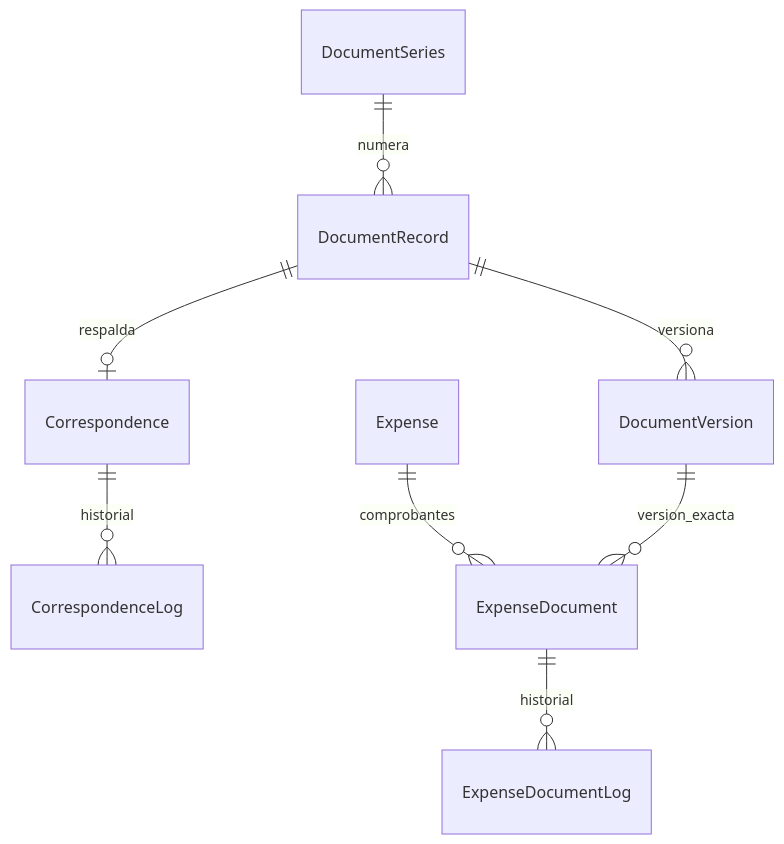
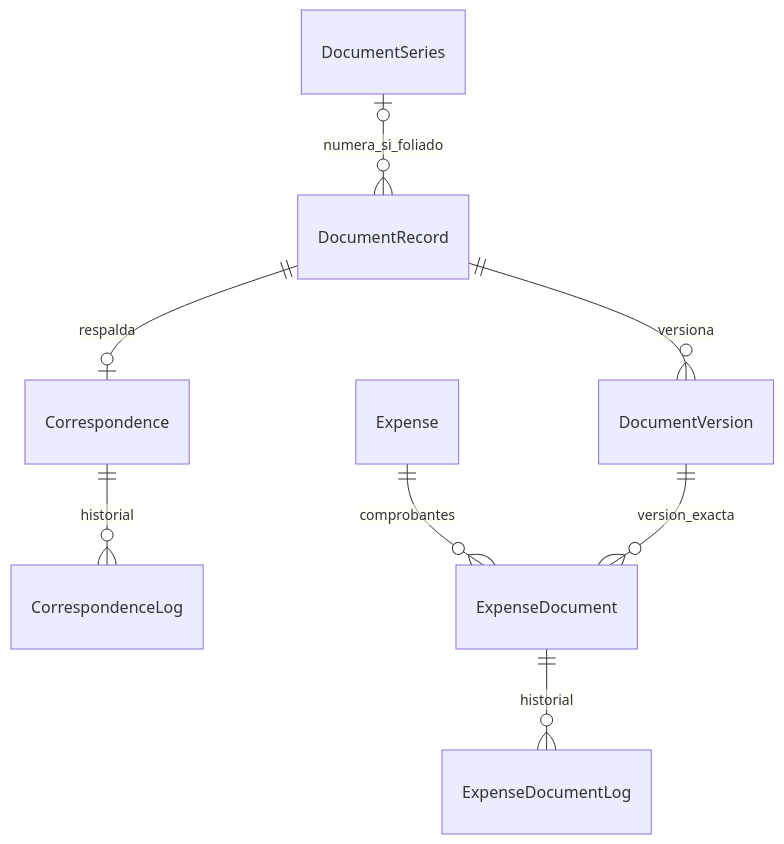
One commit to DanielMarchenaMatarrita/sgi-adi-curime-26 changed the third of 3 diagrams in docs/data/target-v2/9.4B-borrador-relacional.md. Above: the diagram before and after it, drawn with Mermaid. The commit also changed other lines of this file and 12 other files, not shown here.

````diff
--- a/docs/data/target-v2/9.4B-borrador-relacional.md
+++ b/docs/data/target-v2/9.4B-borrador-relacional.md
@@ -180,10 +184,10 @@
 ```mermaid
 erDiagram
-    DocumentSeries ||--o{ DocumentRecord : numera
+    DocumentSeries o|--o{ DocumentRecord : numera_si_foliado
     DocumentRecord ||--o{ DocumentVersion : versiona
     DocumentRecord ||--o| Correspondence : respalda
     Correspondence ||--o{ CorrespondenceLog : historial
     Expense ||--o{ ExpenseDocument : comprobantes
     ExpenseDocument ||--o{ ExpenseDocumentLog : historial
     DocumentVersion ||--o{ ExpenseDocument : version_exacta
 ```
````
